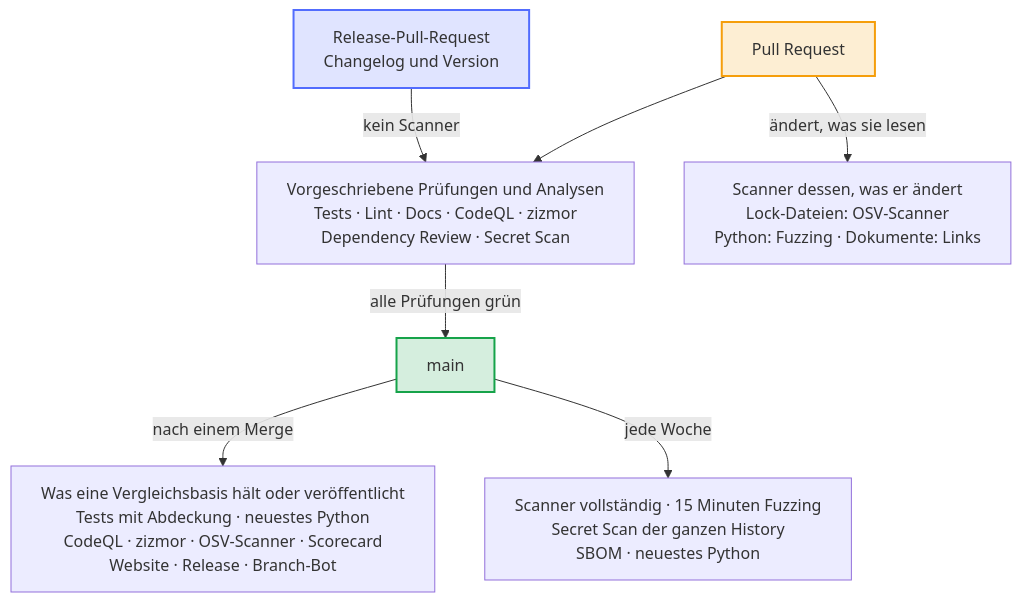
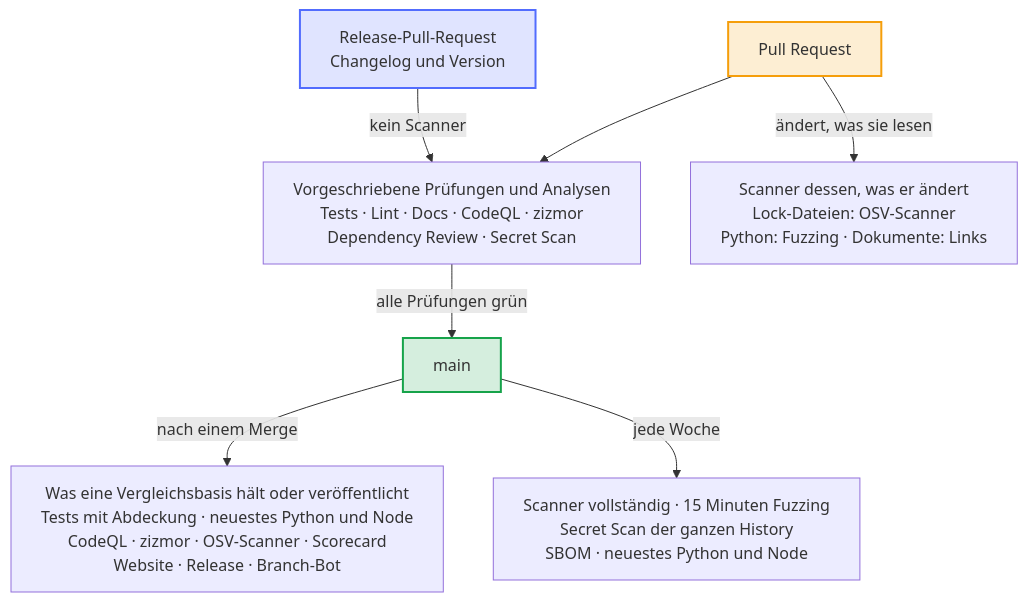
The diagram in docs/diagrams/when-the-checks-run.de.mmd (Dennis-Otto/repo-blueprint), drawn with Mermaid before and after one commit. The commit also changed 18 other files, not shown here.

First line of the commit message:
fix(ci): let the newest-Python check really run the newest Python, and add a newest-Node check

```diff
--- a/docs/diagrams/when-the-checks-run.de.mmd
+++ b/docs/diagrams/when-the-checks-run.de.mmd
@@ -1,30 +1,30 @@
 ---
 config:
   flowchart:
     wrappingWidth: 400
 ---
 flowchart TB
     accTitle: Wann die Prüfungen laufen
-    accDescr: Jeder Pull Request führt die vorgeschriebenen Prüfungen und zizmor aus, auf dessen Analyse die Regeln von main warten, und die Scanner dessen, was er ändert: OSV-Scanner für eine Lock-Datei, Fuzzing für Python-Code und die Link-Prüfung für ein Dokument. Der Release-Pull-Request, der nur den Changelog und die Version ändert, führt die vorgeschriebenen Prüfungen und zizmor ohne die Scanner aus. Nach einem Merge führt main nur aus, was eine Vergleichsbasis hält oder veröffentlicht. Jede Woche führt main die Scanner vollständig aus, den Secret Scan der ganzen History, die SBOM und das neueste Python.
+    accDescr: Jeder Pull Request führt die vorgeschriebenen Prüfungen und zizmor aus, auf dessen Analyse die Regeln von main warten, und die Scanner dessen, was er ändert: OSV-Scanner für eine Lock-Datei, Fuzzing für Python-Code und die Link-Prüfung für ein Dokument. Der Release-Pull-Request, der nur den Changelog und die Version ändert, führt die vorgeschriebenen Prüfungen und zizmor ohne die Scanner aus. Nach einem Merge führt main nur aus, was eine Vergleichsbasis hält oder veröffentlicht. Jede Woche führt main die Scanner vollständig aus, den Secret Scan der ganzen History, die SBOM und das neueste Python und Node.
 
     pr["Pull Request"]
     rpr["Release-Pull-Request<br>Changelog und Version"]
     required["Vorgeschriebene Prüfungen und Analysen<br>Tests · Lint · Docs · CodeQL · zizmor<br>Dependency Review · Secret Scan"]
     scanners["Scanner dessen, was er ändert<br>Lock-Dateien: OSV-Scanner<br>Python: Fuzzing · Dokumente: Links"]
     main["main"]
-    baseline["Was eine Vergleichsbasis hält oder veröffentlicht<br>Tests mit Abdeckung · neuestes Python<br>CodeQL · zizmor · OSV-Scanner · Scorecard<br>Website · Release · Branch-Bot"]
-    weekly["Scanner vollständig · 15 Minuten Fuzzing<br>Secret Scan der ganzen History<br>SBOM · neuestes Python"]
+    baseline["Was eine Vergleichsbasis hält oder veröffentlicht<br>Tests mit Abdeckung · neuestes Python und Node<br>CodeQL · zizmor · OSV-Scanner · Scorecard<br>Website · Release · Branch-Bot"]
+    weekly["Scanner vollständig · 15 Minuten Fuzzing<br>Secret Scan der ganzen History<br>SBOM · neuestes Python und Node"]
 
     pr --> required
     pr -- "ändert, was sie lesen" --> scanners
     rpr -- "kein Scanner" --> required
     required -- "alle Prüfungen grün" --> main
     main -- "nach einem Merge" --> baseline
     main -- "jede Woche" --> weekly
 
     classDef bot fill:#526cfe2e,stroke:#526cfe,stroke-width:2px
     classDef person fill:#f59e0b2e,stroke:#f59e0b,stroke-width:2px
     classDef done fill:#16a34a2e,stroke:#16a34a,stroke-width:2px
     class pr person
     class rpr bot
     class main done
```
